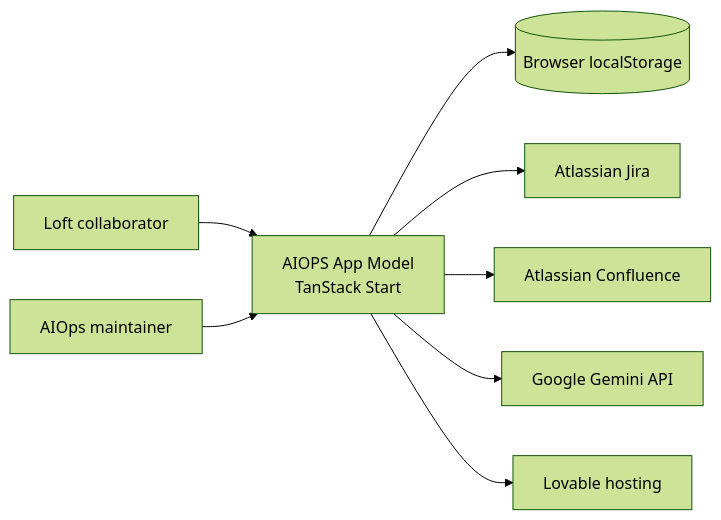
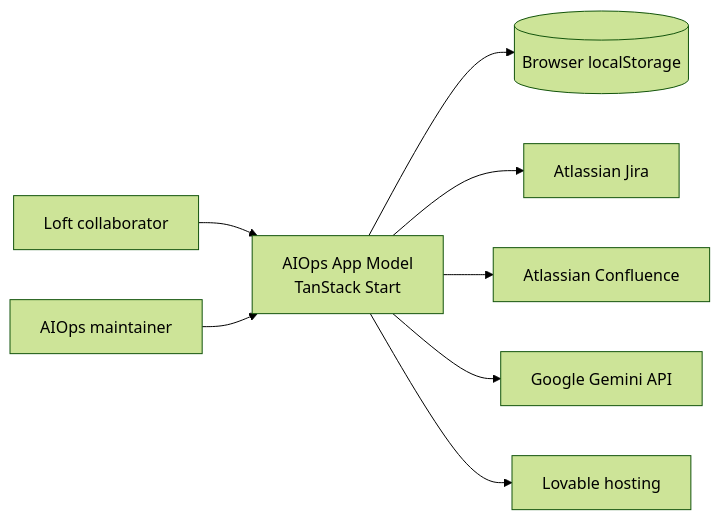
Before and after one commit to pycriador/olivelas-epicbuilder: the diagram in docs/en/architecture/system-context.md, drawn with Mermaid (forest theme). The commit also changed other lines of this file and 171 other files, not shown here.

First line of the commit message:
Bring over AIOps Central launcher polish and rebrand to AIOps App Model.

````diff
--- a/docs/en/architecture/system-context.md
+++ b/docs/en/architecture/system-context.md
@@ -95,10 +95,10 @@
 ```mermaid
 flowchart LR
-  Collaborator[Loft collaborator] --> Portal[AIOPS App Model\nTanStack Start]
+  Collaborator[Loft collaborator] --> Portal[AIOps App Model\nTanStack Start]
   Maintainer[AIOps maintainer] --> Portal
   Portal --> LS[(Browser localStorage)]
   Portal --> Jira[Atlassian Jira]
   Portal --> Conf[Atlassian Confluence]
   Portal --> Gemini[Google Gemini API]
   Portal --> Lovable[Lovable hosting]
 ```
````
